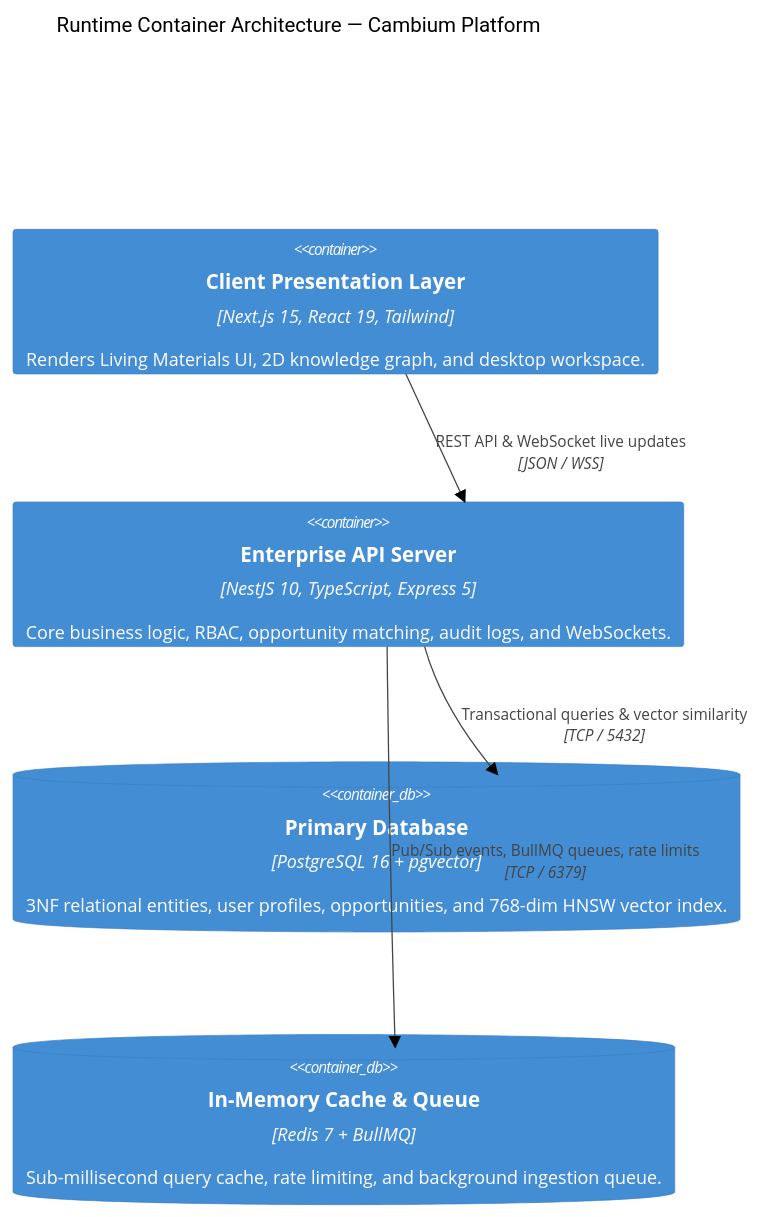
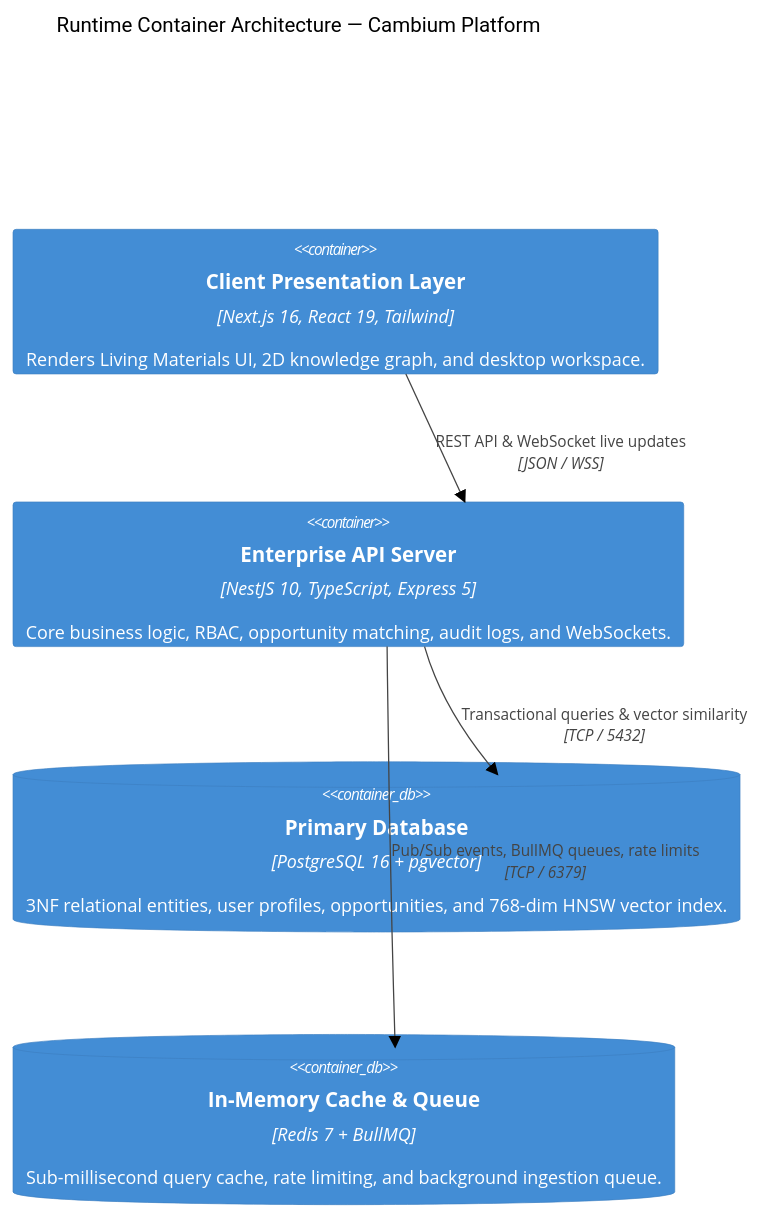
The third of 7 diagrams in docs/architecture/technology-strategy-and-stack.md (kalviumcommunity/S92_Imthiyas_Capstone_Cambium), drawn with Mermaid (forest theme) before and after one commit. The commit also changed other lines of this file and 76 other files, not shown here.

````diff
--- a/docs/architecture/technology-strategy-and-stack.md
+++ b/docs/architecture/technology-strategy-and-stack.md
@@ -166,14 +168,14 @@
 ```mermaid
 C4Container
   title Runtime Container Architecture — Cambium Platform
 
-  Container(ui, "Client Presentation Layer", "Next.js 15, React 19, Tailwind", "Renders Living Materials UI, 2D knowledge graph, and desktop workspace.")
+  Container(ui, "Client Presentation Layer", "Next.js 16, React 19, Tailwind", "Renders Living Materials UI, 2D knowledge graph, and desktop workspace.")
   Container(api, "Enterprise API Server", "NestJS 10, TypeScript, Express 5", "Core business logic, RBAC, opportunity matching, audit logs, and WebSockets.")
 
   ContainerDb(pg, "Primary Database", "PostgreSQL 16 + pgvector", "3NF relational entities, user profiles, opportunities, and 768-dim HNSW vector index.")
   ContainerDb(redis, "In-Memory Cache & Queue", "Redis 7 + BullMQ", "Sub-millisecond query cache, rate limiting, and background ingestion queue.")
 
   Rel(ui, api, "REST API & WebSocket live updates", "JSON / WSS")
   Rel(api, pg, "Transactional queries & vector similarity", "TCP / 5432")
   Rel(api, redis, "Pub/Sub events, BullMQ queues, rate limits", "TCP / 6379")
 ```
````
